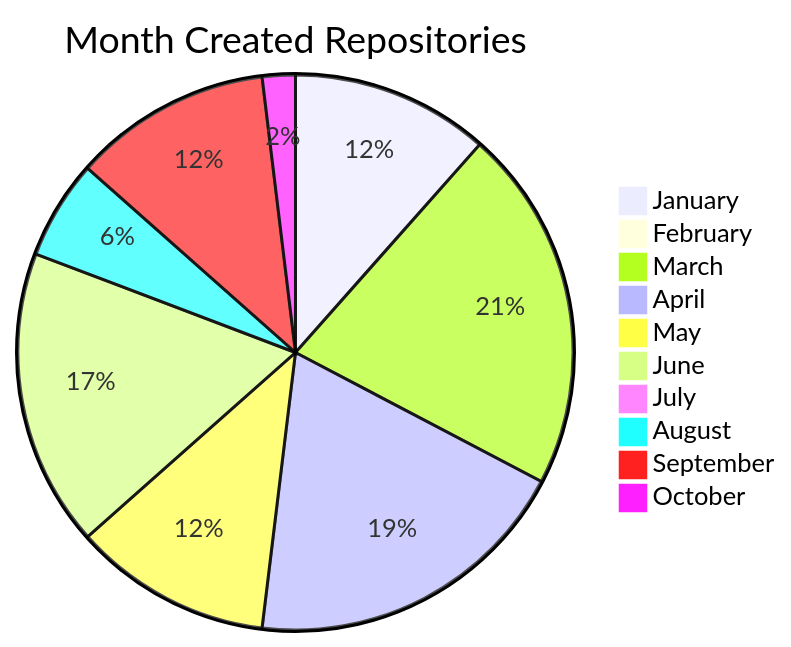
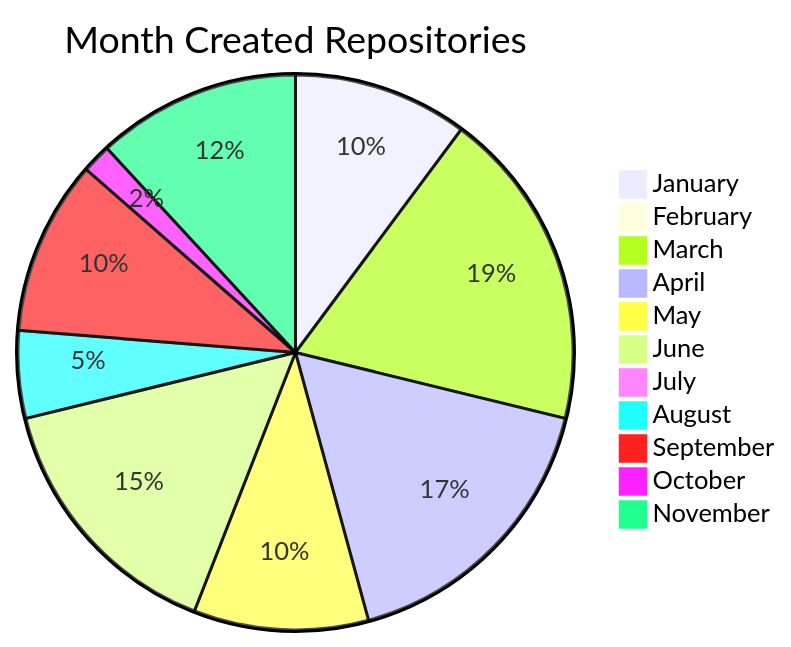
The second of 2 diagrams in README.md (BackdevHong/WOC), drawn with Mermaid before and after one commit. The commit also changed other lines of this file, not shown here.

````diff
--- a/README.md
+++ b/README.md
@@ -29,13 +31,14 @@
 ```mermaid
 pie title Month Created Repositories
     "January" : 6
     "February" : 0
     "March" : 11
     "April" : 10
     "May" : 6
     "June" : 9
     "July" : 0
     "August" : 3
     "September" : 6
     "October" : 1
+    "November" : 7
 ```
````
